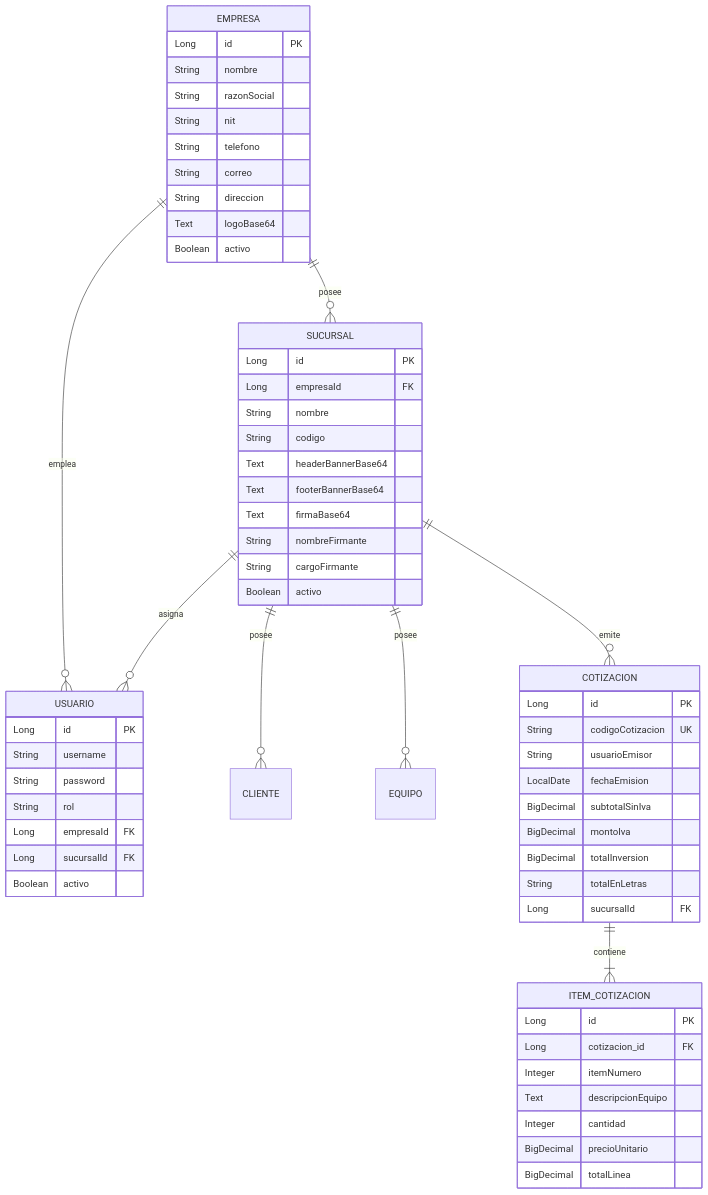
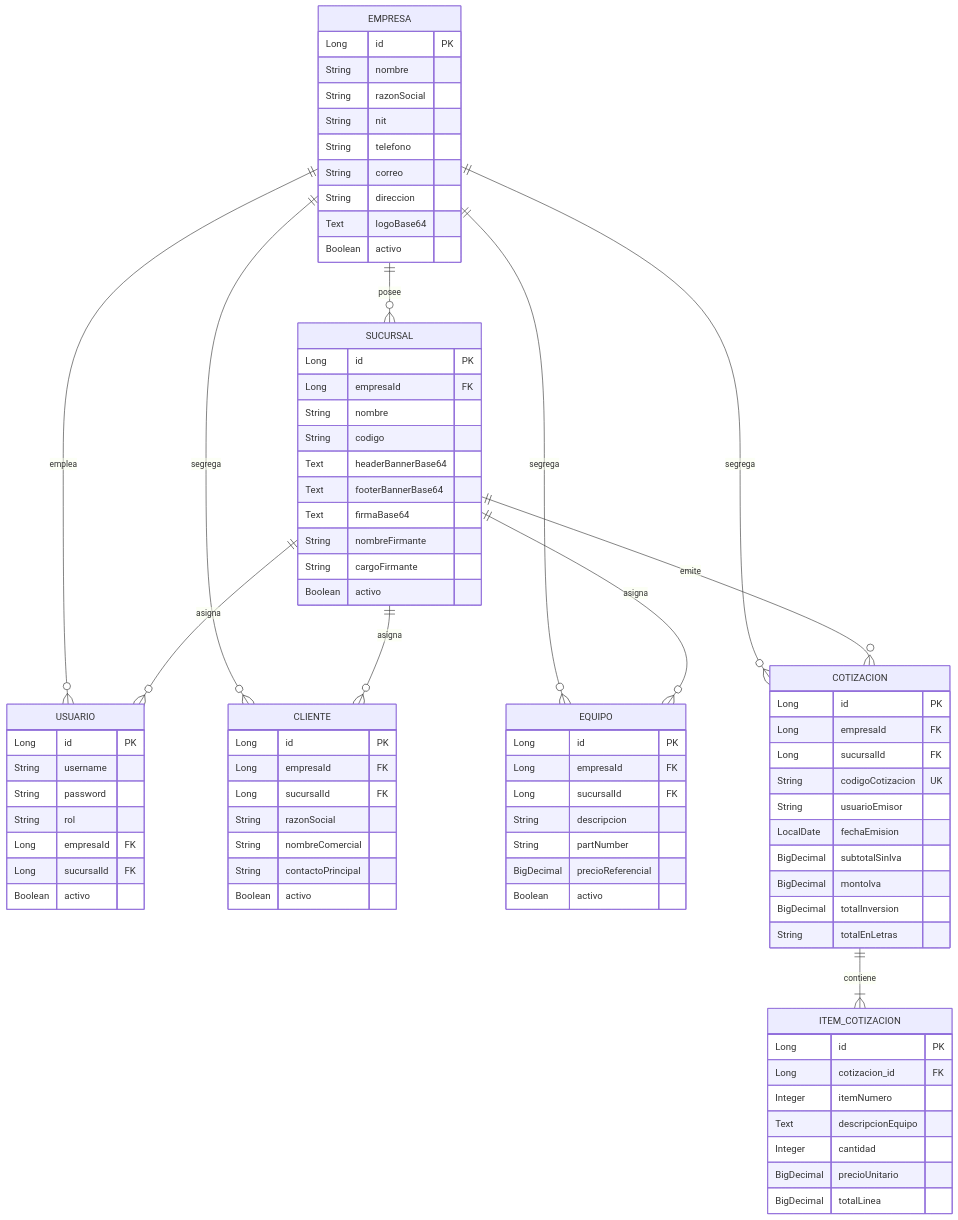
Before and after one commit to LVasquez93/WebAppRetail_BackEnd: the diagram in AGENT_GUIDE.md, drawn with Mermaid. The commit also changed other lines of this file and 19 other files, not shown here.

```diff
--- a/AGENT_GUIDE.md
+++ b/AGENT_GUIDE.md
@@ -102,9 +102,12 @@
 erDiagram
     EMPRESA ||--o{ SUCURSAL : posee
     EMPRESA ||--o{ USUARIO : emplea
+    EMPRESA ||--o{ CLIENTE : segrega
+    EMPRESA ||--o{ EQUIPO : segrega
+    EMPRESA ||--o{ COTIZACION : segrega
     SUCURSAL ||--o{ USUARIO : asigna
-    SUCURSAL ||--o{ CLIENTE : posee
-    SUCURSAL ||--o{ EQUIPO : posee
+    SUCURSAL ||--o{ CLIENTE : asigna
+    SUCURSAL ||--o{ EQUIPO : asigna
     SUCURSAL ||--o{ COTIZACION : emite
     COTIZACION ||--|{ ITEM_COTIZACION : contiene
 
@@ -133,6 +136,26 @@
         Boolean activo
     }
 
+    CLIENTE {
+        Long id PK
+        Long empresaId FK
+        Long sucursalId FK
+        String razonSocial
+        String nombreComercial
+        String contactoPrincipal
+        Boolean activo
+    }
+
+    EQUIPO {
+        Long id PK
+        Long empresaId FK
+        Long sucursalId FK
+        String descripcion
+        String partNumber
+        BigDecimal precioReferencial
+        Boolean activo
+    }
+
     USUARIO {
         Long id PK
         String username
@@ -145,6 +168,8 @@
 
     COTIZACION {
         Long id PK
+        Long empresaId FK
+        Long sucursalId FK
         String codigoCotizacion UK
         String usuarioEmisor
         LocalDate fechaEmision
@@ -152,7 +177,6 @@
         BigDecimal montoIva
         BigDecimal totalInversion
         String totalEnLetras
-        Long sucursalId FK
     }
 
     ITEM_COTIZACION {
```
